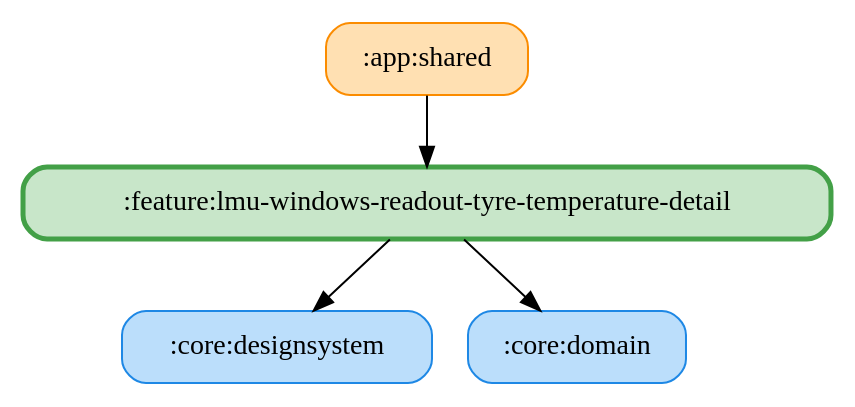
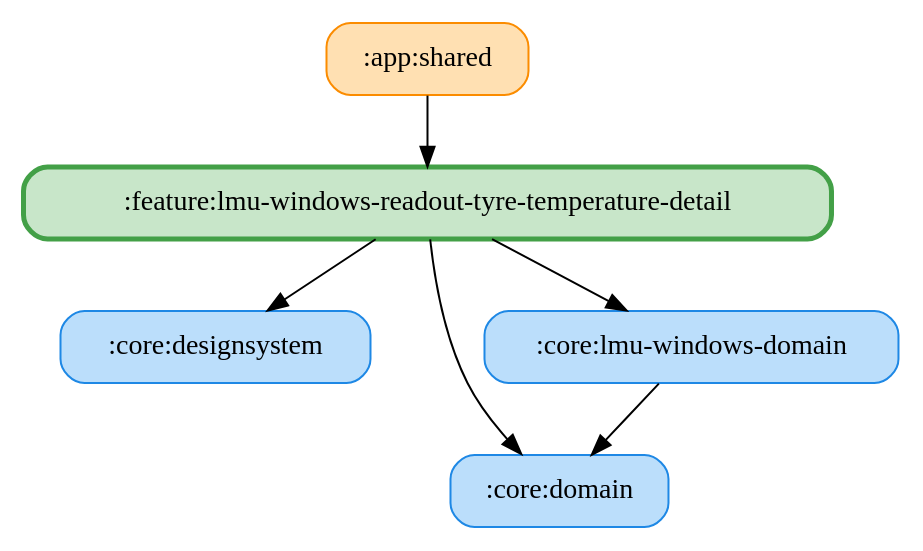
One commit to ai-kurou/KoDriver changed the diagram in docs/graphs/feature-lmu-windows-readout-tyre-temperature-detail.gv. Above: the diagram before and after it, drawn with Graphviz. The commit also changed 55 other files, not shown here.

Commit message:
chore: update module graph images

```diff
--- a/docs/graphs/feature-lmu-windows-readout-tyre-temperature-detail.gv
+++ b/docs/graphs/feature-lmu-windows-readout-tyre-temperature-detail.gv
@@ -1,11 +1,14 @@
 digraph G {
   rankdir=TB
   node [shape=box, style="rounded,filled"]
   ":app:shared" [fillcolor="#FFE0B2", color="#FB8C00", penwidth=1]
   ":core:designsystem" [fillcolor="#BBDEFB", color="#1E88E5", penwidth=1]
   ":core:domain" [fillcolor="#BBDEFB", color="#1E88E5", penwidth=1]
+  ":core:lmu-windows-domain" [fillcolor="#BBDEFB", color="#1E88E5", penwidth=1]
   ":feature:lmu-windows-readout-tyre-temperature-detail" [fillcolor="#C8E6C9", color="#43A047", penwidth=2.5]
   ":app:shared" -> ":feature:lmu-windows-readout-tyre-temperature-detail"
+  ":core:lmu-windows-domain" -> ":core:domain"
   ":feature:lmu-windows-readout-tyre-temperature-detail" -> ":core:domain"
+  ":feature:lmu-windows-readout-tyre-temperature-detail" -> ":core:lmu-windows-domain"
   ":feature:lmu-windows-readout-tyre-temperature-detail" -> ":core:designsystem"
 }
```
